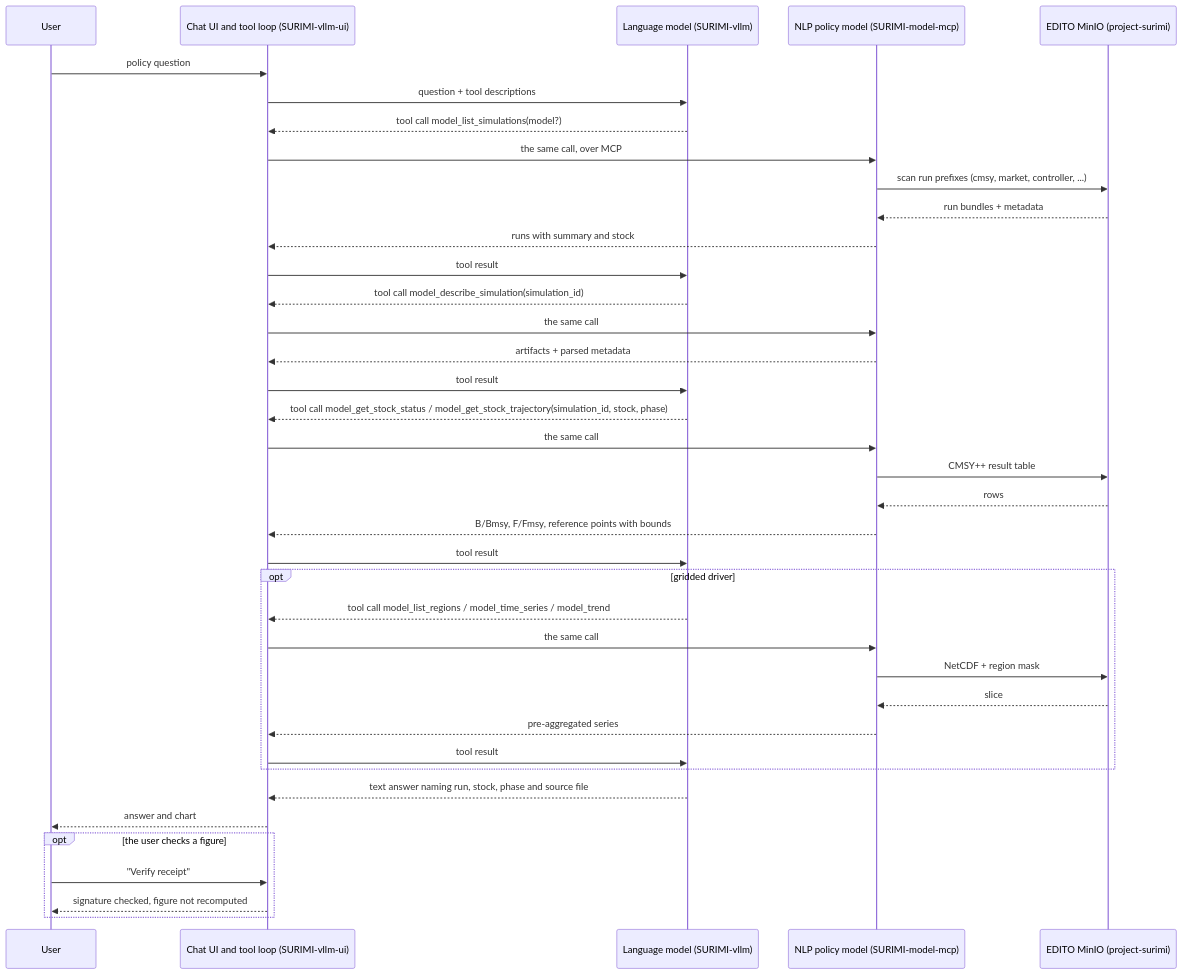
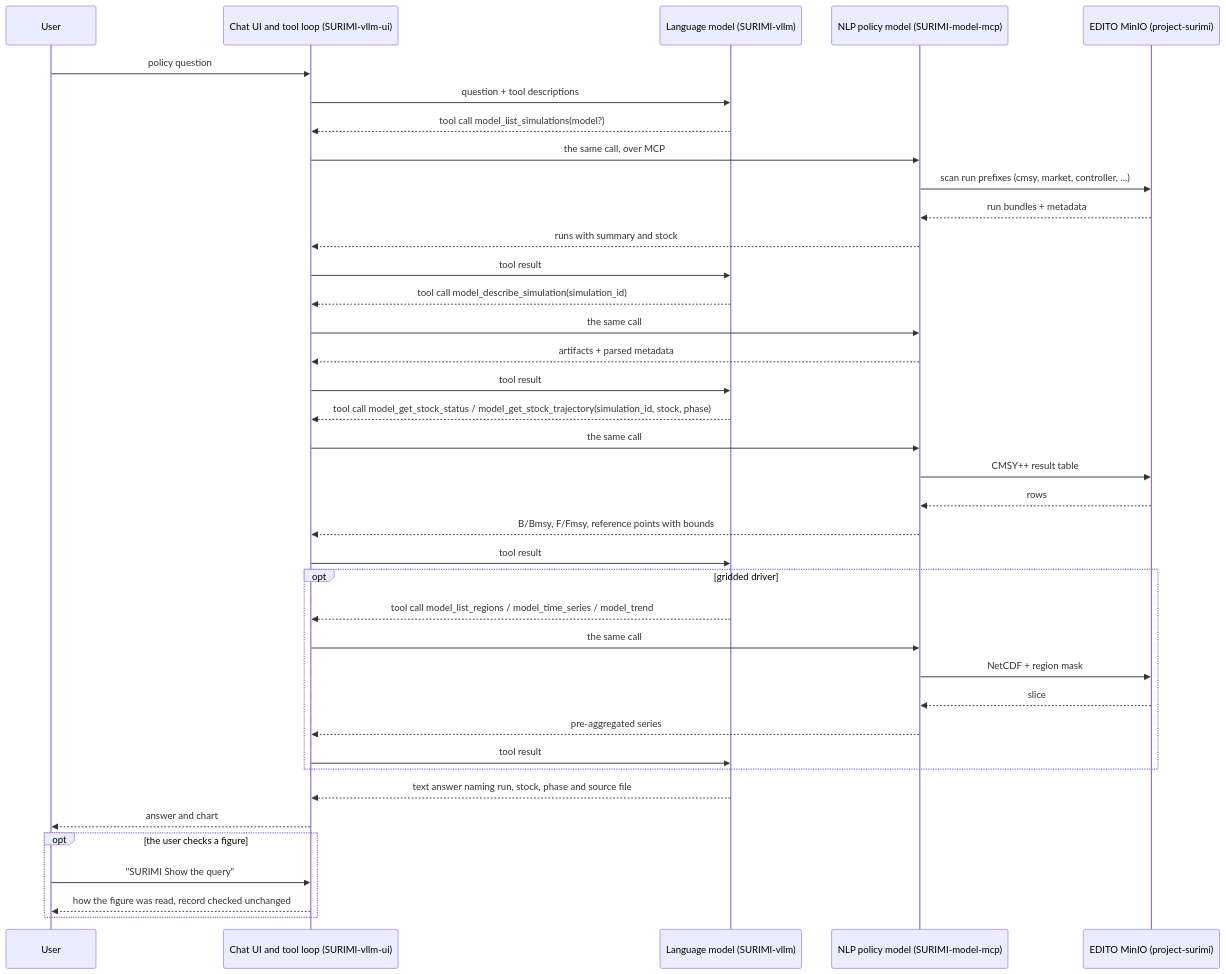
The third of 3 diagrams in deliverables/D3.9 - NLP policy model/D3.9 - NLP policy model.md (SURIMI-Project/SURIMI-project), drawn with Mermaid before and after one commit. The commit also changed other lines of this file and 1 other file, not shown here.

Commit message:
D3.7, D3.9: each figure comes with how it was calculated; data server on /mcp; benchmark section states its method once; button names as released

````diff
--- a/deliverables/D3.9 - NLP policy model/D3.9 - NLP policy model.md
+++ b/deliverables/D3.9 - NLP policy model/D3.9 - NLP policy model.md
@@ -121,41 +121,41 @@
 ```mermaid
 sequenceDiagram
     participant User as User
     participant UI as Chat UI and tool loop (SURIMI-vllm-ui)
     participant LLM as Language model (SURIMI-vllm)
     participant MODEL as NLP policy model (SURIMI-model-mcp)
     participant S3 as EDITO MinIO (project-surimi)
 
     User ->> UI: policy question
     UI ->> LLM: question + tool descriptions
     LLM -->> UI: tool call model_list_simulations(model?)
     UI ->> MODEL: the same call, over MCP
     MODEL ->> S3: scan run prefixes (cmsy, market, controller, ...)
     S3 -->> MODEL: run bundles + metadata
     MODEL -->> UI: runs with summary and stock
     UI ->> LLM: tool result
     LLM -->> UI: tool call model_describe_simulation(simulation_id)
     UI ->> MODEL: the same call
     MODEL -->> UI: artifacts + parsed metadata
     UI ->> LLM: tool result
     LLM -->> UI: tool call model_get_stock_status / model_get_stock_trajectory(simulation_id, stock, phase)
     UI ->> MODEL: the same call
     MODEL ->> S3: CMSY++ result table
     S3 -->> MODEL: rows
     MODEL -->> UI: B/Bmsy, F/Fmsy, reference points with bounds
     UI ->> LLM: tool result
     opt gridded driver
         LLM -->> UI: tool call model_list_regions / model_time_series / model_trend
         UI ->> MODEL: the same call
         MODEL ->> S3: NetCDF + region mask
         S3 -->> MODEL: slice
         MODEL -->> UI: pre-aggregated series
         UI ->> LLM: tool result
     end
     LLM -->> UI: text answer naming run, stock, phase and source file
     UI -->> User: answer and chart
     opt the user checks a figure
-        User ->> UI: "Verify receipt"
-        UI -->> User: signature checked, figure not recomputed
+        User ->> UI: "SURIMI Show the query"
+        UI -->> User: how the figure was read, record checked unchanged
     end
 ```
````
